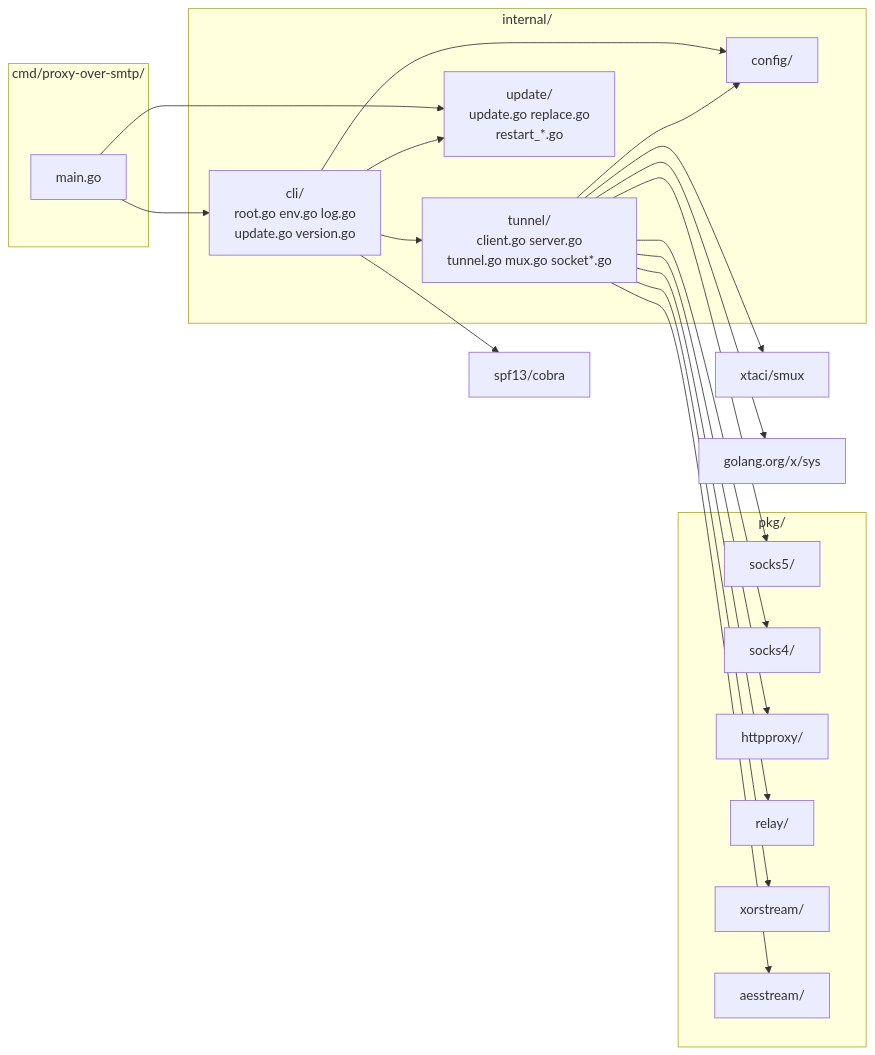
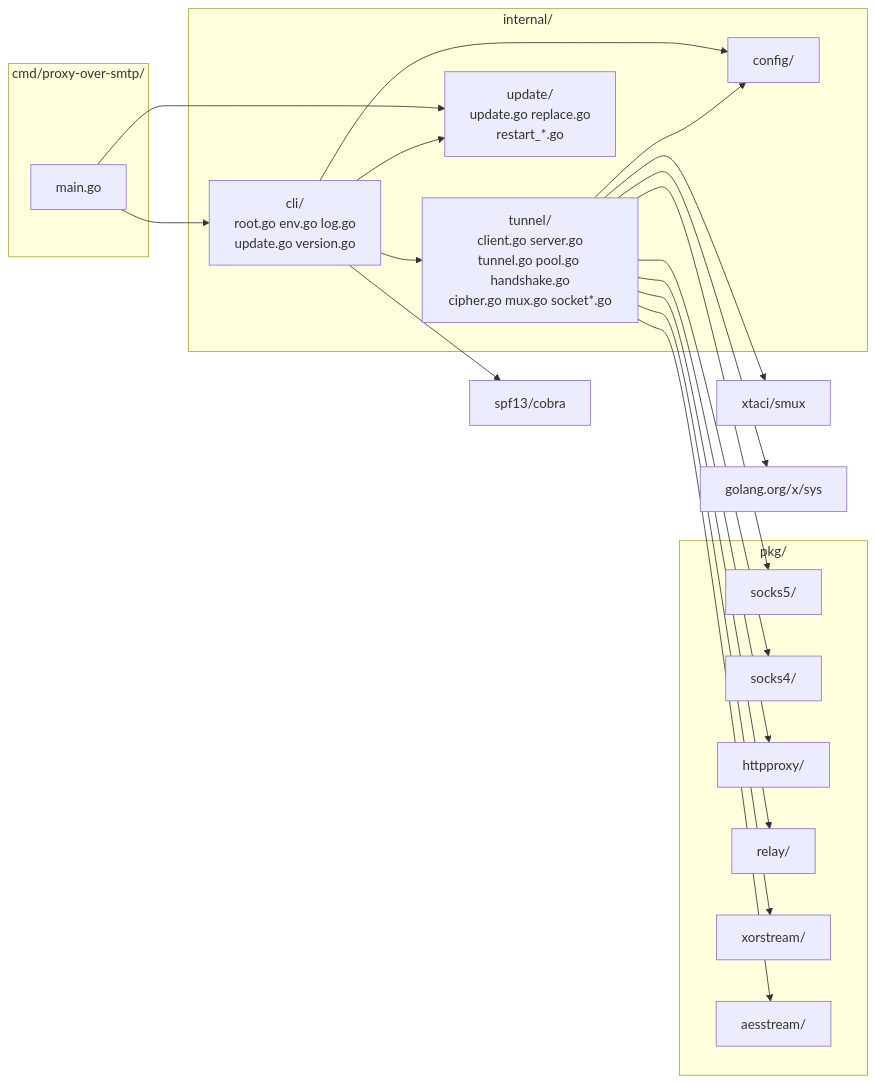
The first of 2 diagrams in docs/ARCHITECTURE.md (dimaskiddo/proxy-over-smtp), drawn with Mermaid before and after one commit. The commit also changed other lines of this file and 35 other files, not shown here.

````diff
--- a/docs/ARCHITECTURE.md
+++ b/docs/ARCHITECTURE.md
@@ -9,42 +9,42 @@
 ```mermaid
 graph LR
     subgraph cmd["cmd/proxy-over-smtp/"]
         Main["main.go"]
     end
 
     subgraph internal["internal/"]
         Cli["cli/<br/>root.go env.go log.go<br/>update.go version.go"]
         Config["config/"]
-        Tunnel["tunnel/<br/>client.go server.go<br/>tunnel.go mux.go socket*.go"]
+        Tunnel["tunnel/<br/>client.go server.go<br/>tunnel.go pool.go handshake.go<br/>cipher.go mux.go socket*.go"]
         Update["update/<br/>update.go replace.go<br/>restart_*.go"]
     end
 
     subgraph pkg["pkg/"]
         Socks5["socks5/"]
         Socks4["socks4/"]
         HTTPProxy["httpproxy/"]
         Relay["relay/"]
         Xor["xorstream/"]
         Aes["aesstream/"]
     end
 
     Smux["xtaci/smux"]
     Cobra["spf13/cobra"]
     Sys["golang.org/x/sys"]
 
     Main --> Cli
     Main --> Update
     Cli --> Update
     Cli --> Config
     Cli --> Tunnel
     Tunnel --> Config
     Tunnel --> Socks5
     Tunnel --> Socks4
     Tunnel --> HTTPProxy
     Tunnel --> Relay
     Tunnel --> Xor
     Tunnel --> Aes
     Tunnel --> Smux
     Tunnel --> Sys
     Cli --> Cobra
 ```
````
